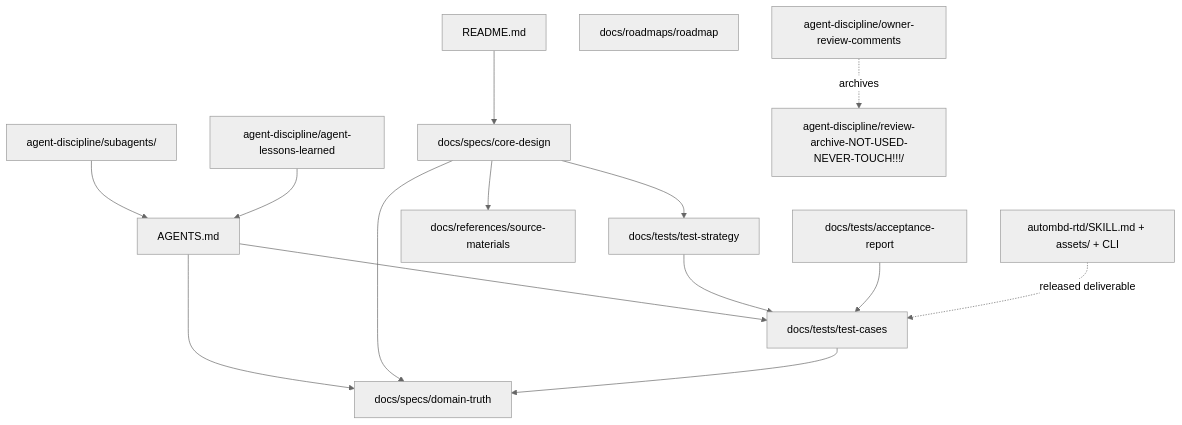
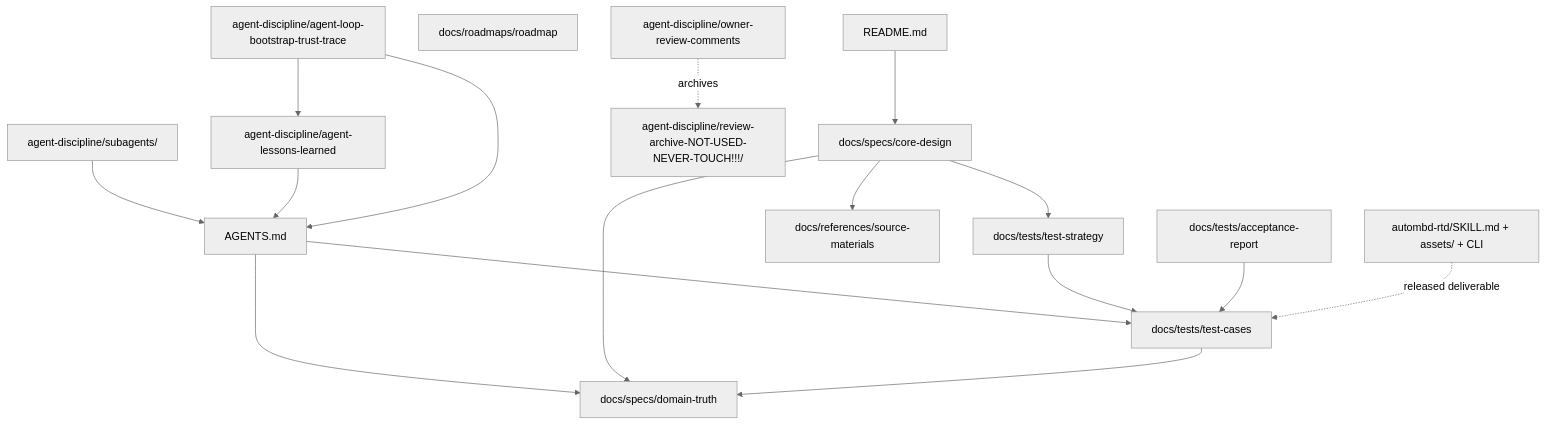
Before and after one commit to autoMBD/autombd-rtd-config: the diagram in agent-discipline/documentation-governance.md, drawn with Mermaid (neutral theme). The commit also changed other lines of this file and 1 other file, not shown here.

Commit message:
doc: Added new documentation entry for the bootstrap trust-tracing lane.

````diff
--- a/agent-discipline/documentation-governance.md
+++ b/agent-discipline/documentation-governance.md
@@ -125,17 +126,19 @@
 ```mermaid
 flowchart TD
   README["README.md"] --> CORE["docs/specs/core-design"]
   AGENTS["AGENTS.md"] --> DT["docs/specs/domain-truth"]
   AGENTS --> TC["docs/tests/test-cases"]
   CORE --> DT
   CORE --> TS["docs/tests/test-strategy"]
   CORE --> SM["docs/references/source-materials"]
   TS --> TC
   TC --> DT
   AR["docs/tests/acceptance-report"] --> TC
   RM["docs/roadmaps/roadmap"]
   ROLES["agent-discipline/subagents/"] --> AGENTS
   LL["agent-discipline/agent-lessons-learned"] --> AGENTS
+  TT["agent-discipline/agent-loop-bootstrap-trust-trace"] --> AGENTS
+  TT --> LL
   CT["agent-discipline/owner-review-comments"] -.archives.-> OBS["agent-discipline/review-archive-NOT-USED-NEVER-TOUCH!!!/"]
   SKILL["autombd-rtd/SKILL.md + assets/ + CLI"] -. released deliverable .-> TC
 ```
````
